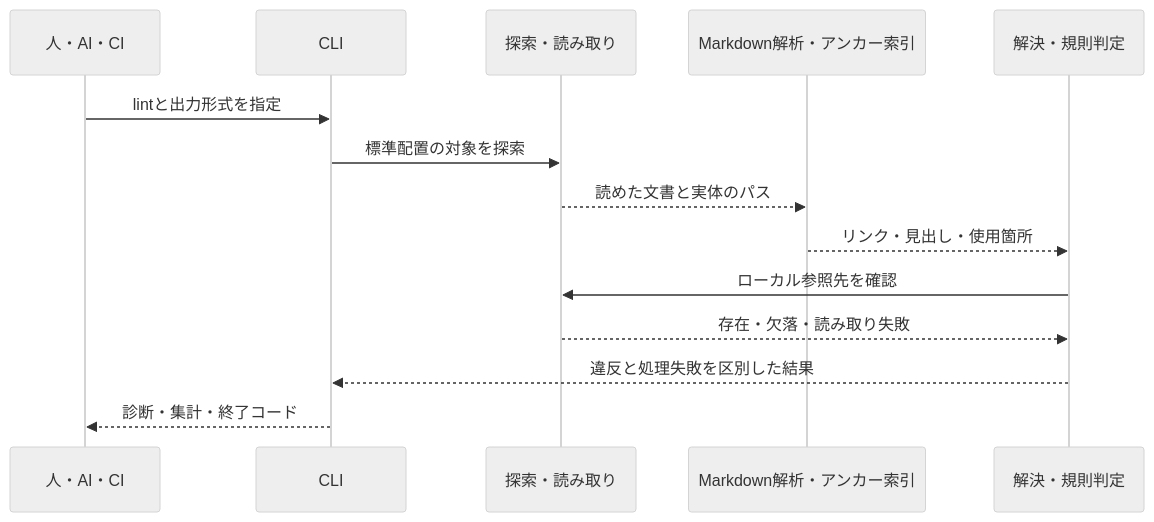
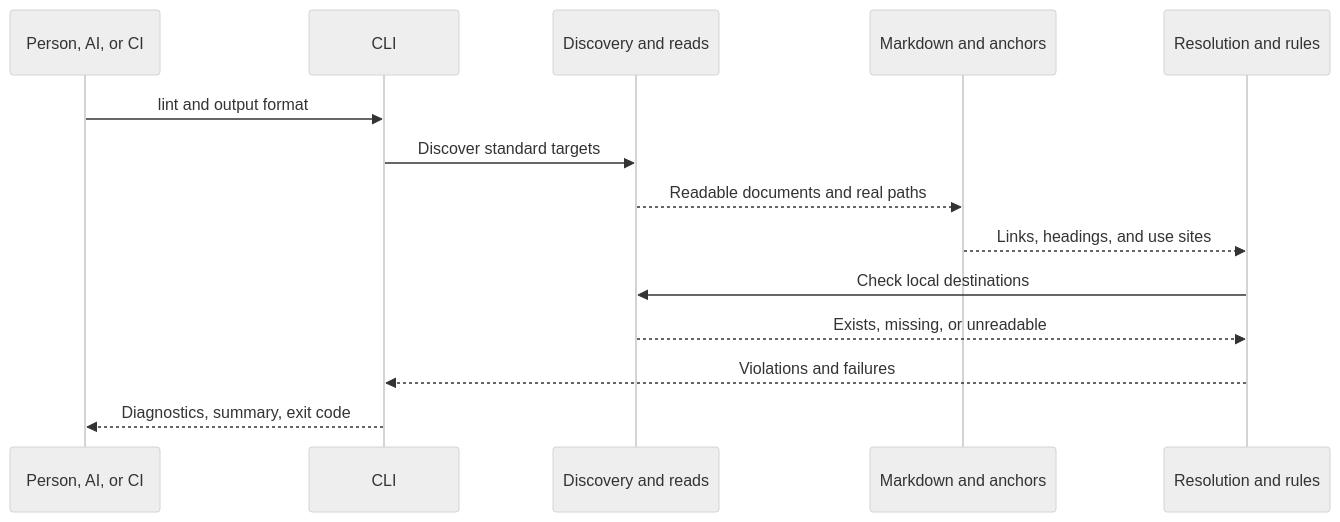
Before and after one commit to azu/sdev: the diagram in docs/products/sdev/features/document-lint/design.md, drawn with Mermaid (neutral theme). The commit also changed other lines of this file and 86 other files, not shown here.

````diff
--- a/docs/products/sdev/features/document-lint/design.md
+++ b/docs/products/sdev/features/document-lint/design.md
@@ -233,16 +220,16 @@
 ```mermaid
 sequenceDiagram
-    participant U as 人・AI・CI
+    participant U as Person, AI, or CI
     participant C as CLI
-    participant F as 探索・読み取り
-    participant P as Markdown解析・アンカー索引
-    participant R as 解決・規則判定
-    U->>C: lintと出力形式を指定
-    C->>F: 標準配置の対象を探索
-    F-->>P: 読めた文書と実体のパス
-    P-->>R: リンク・見出し・使用箇所
-    R->>F: ローカル参照先を確認
-    F-->>R: 存在・欠落・読み取り失敗
-    R-->>C: 違反と処理失敗を区別した結果
-    C-->>U: 診断・集計・終了コード
+    participant F as Discovery and reads
+    participant P as Markdown and anchors
+    participant R as Resolution and rules
+    U->>C: lint and output format
+    C->>F: Discover standard targets
+    F-->>P: Readable documents and real paths
+    P-->>R: Links, headings, and use sites
+    R->>F: Check local destinations
+    F-->>R: Exists, missing, or unreadable
+    R-->>C: Violations and failures
+    C-->>U: Diagnostics, summary, exit code
 ```
````
